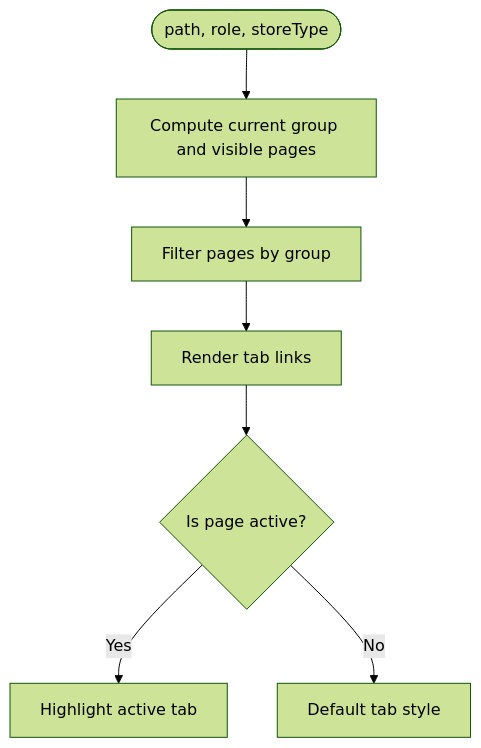
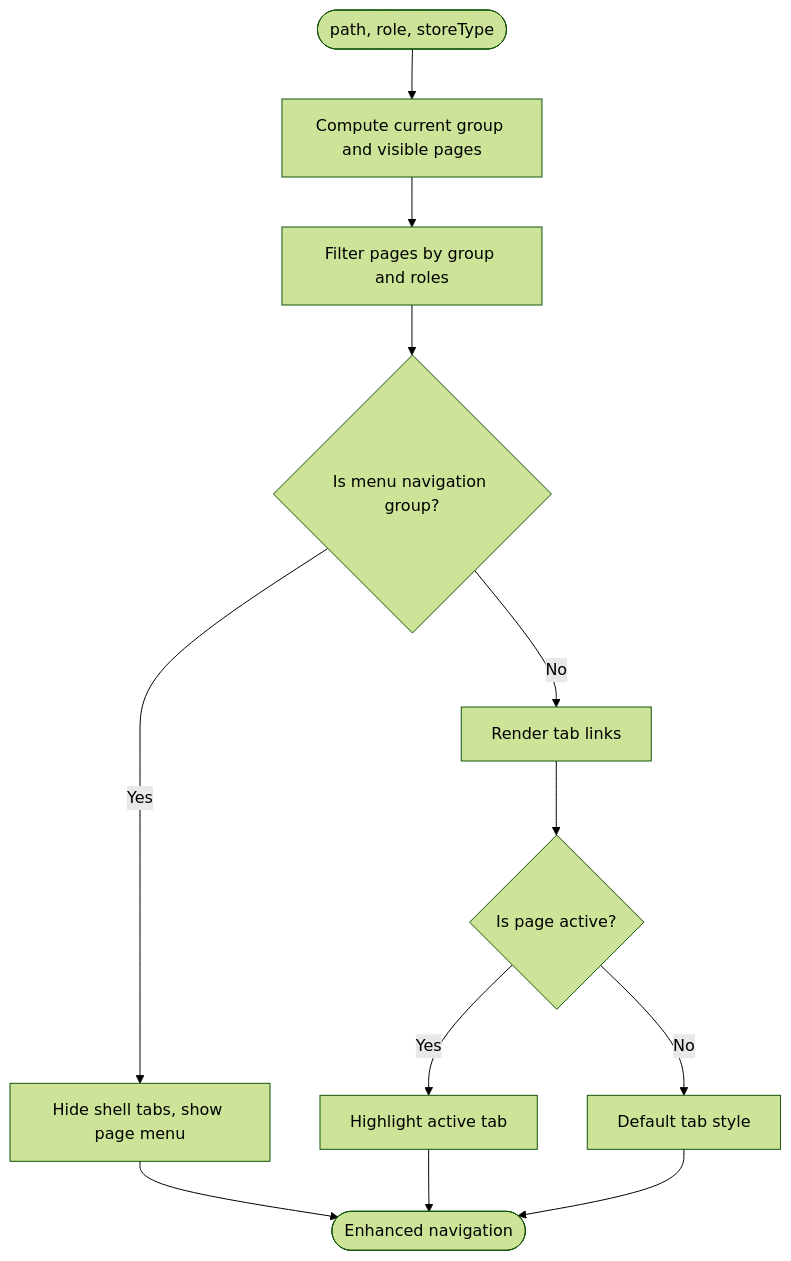
The fifth of 12 diagrams in .qoder/repowiki/en/content/Architecture Overview/Component Architecture & Organization/Component Composition & Patterns.md (themclloyd/storq), drawn with Mermaid (forest theme) before and after one commit. The commit also changed other lines of this file and 45 other files, not shown here.

First line of the commit message:
feat(database): enhance POS schema with security and retail operations

````diff
--- a/.qoder/repowiki/en/content/Architecture Overview/Component Architecture & Organization/Component Composition & Patterns.md
+++ b/.qoder/repowiki/en/content/Architecture Overview/Component Architecture & Organization/Component Composition & Patterns.md
@@ -251,9 +306,14 @@
 ```mermaid
 flowchart TD
 Input(["path, role, storeType"]) --> Compute["Compute current group and visible pages"]
-Compute --> Filter["Filter pages by group"]
-Filter --> Render["Render tab links"]
+Compute --> Filter["Filter pages by group and roles"]
+Filter --> CheckMenu{"Is menu navigation group?"}
+CheckMenu --> |Yes| HideTabs["Hide shell tabs, show page menu"]
+CheckMenu --> |No| Render["Render tab links"]
 Render --> ActiveState{"Is page active?"}
 ActiveState --> |Yes| Highlight["Highlight active tab"]
 ActiveState --> |No| Default["Default tab style"]
+HideTabs --> End(["Enhanced navigation"])
+Highlight --> End
+Default --> End
 ```
````
